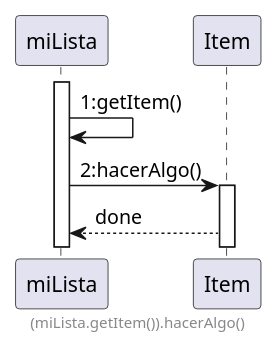
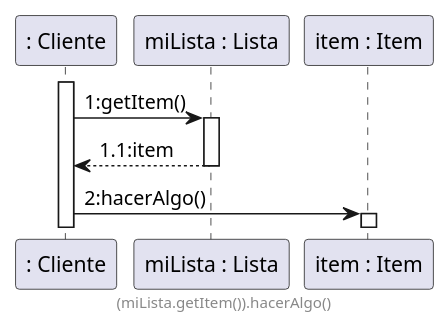
Before and after one commit to SoMarcanoDev/IS-022023: the diagram in docs/diagrams/prac-03/A-1-sequenceDiagram.plantuml, drawn with PlantUML. The commit also changed 12 other files, not shown here.

```diff
--- a/docs/diagrams/prac-03/A-1-sequenceDiagram.plantuml
+++ b/docs/diagrams/prac-03/A-1-sequenceDiagram.plantuml
@@ -1,12 +1,20 @@
-participant miLista
-participant Item
+@startuml sequenceDiagram
+
+participant ": Cliente" as cliente
+participant "miLista : Lista" as miLista
+participant "item : Item" as Item
+
+activate cliente
+cliente -> miLista: 1:getItem()
 
 activate miLista
-miLista -> miLista: 1:getItem()
+miLista --> cliente: 1.1:item
+deactivate miLista
 
-miLista -> Item: 2:hacerAlgo()
+cliente -> Item: 2:hacerAlgo()
+
 activate Item
 
-Item --> miLista: done
+footer (miLista.getItem()).hacerAlgo()
 
-footer (miLista.getItem()).hacerAlgo()
+@enduml
```
